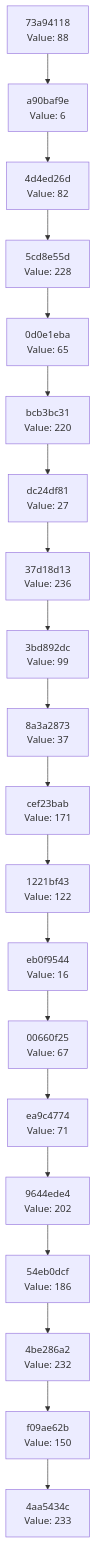
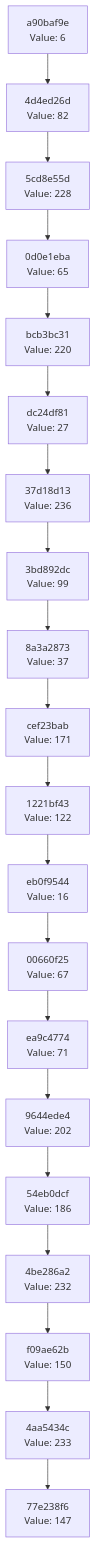
One commit to Abhisheksinha1506/hash-chain-evolver changed the diagram in docs/CHAIN_VISUALIZATION.md. Above: the diagram before and after it, drawn with Mermaid. The commit also changed 3 other files, not shown here.

````diff
--- a/docs/CHAIN_VISUALIZATION.md
+++ b/docs/CHAIN_VISUALIZATION.md
@@ -3,42 +3,42 @@
 ```mermaid
 graph TD
-    C0["4aa5434c<br/>Value: 233"]
-    C1["f09ae62b<br/>Value: 150"]
+    C0["77e238f6<br/>Value: 147"]
+    C1["4aa5434c<br/>Value: 233"]
     C1 --> C0
-    C2["4be286a2<br/>Value: 232"]
+    C2["f09ae62b<br/>Value: 150"]
     C2 --> C1
-    C3["54eb0dcf<br/>Value: 186"]
+    C3["4be286a2<br/>Value: 232"]
     C3 --> C2
-    C4["9644ede4<br/>Value: 202"]
+    C4["54eb0dcf<br/>Value: 186"]
     C4 --> C3
-    C5["ea9c4774<br/>Value: 71"]
+    C5["9644ede4<br/>Value: 202"]
     C5 --> C4
-    C6["00660f25<br/>Value: 67"]
+    C6["ea9c4774<br/>Value: 71"]
     C6 --> C5
-    C7["eb0f9544<br/>Value: 16"]
+    C7["00660f25<br/>Value: 67"]
     C7 --> C6
-    C8["1221bf43<br/>Value: 122"]
+    C8["eb0f9544<br/>Value: 16"]
     C8 --> C7
-    C9["cef23bab<br/>Value: 171"]
+    C9["1221bf43<br/>Value: 122"]
     C9 --> C8
-    C10["8a3a2873<br/>Value: 37"]
+    C10["cef23bab<br/>Value: 171"]
     C10 --> C9
-    C11["3bd892dc<br/>Value: 99"]
+    C11["8a3a2873<br/>Value: 37"]
     C11 --> C10
-    C12["37d18d13<br/>Value: 236"]
+    C12["3bd892dc<br/>Value: 99"]
     C12 --> C11
-    C13["dc24df81<br/>Value: 27"]
+    C13["37d18d13<br/>Value: 236"]
     C13 --> C12
-    C14["bcb3bc31<br/>Value: 220"]
+    C14["dc24df81<br/>Value: 27"]
     C14 --> C13
-    C15["0d0e1eba<br/>Value: 65"]
+    C15["bcb3bc31<br/>Value: 220"]
     C15 --> C14
-    C16["5cd8e55d<br/>Value: 228"]
+    C16["0d0e1eba<br/>Value: 65"]
     C16 --> C15
-    C17["4d4ed26d<br/>Value: 82"]
+    C17["5cd8e55d<br/>Value: 228"]
     C17 --> C16
-    C18["a90baf9e<br/>Value: 6"]
+    C18["4d4ed26d<br/>Value: 82"]
     C18 --> C17
-    C19["73a94118<br/>Value: 88"]
+    C19["a90baf9e<br/>Value: 6"]
     C19 --> C18
 ```
````
